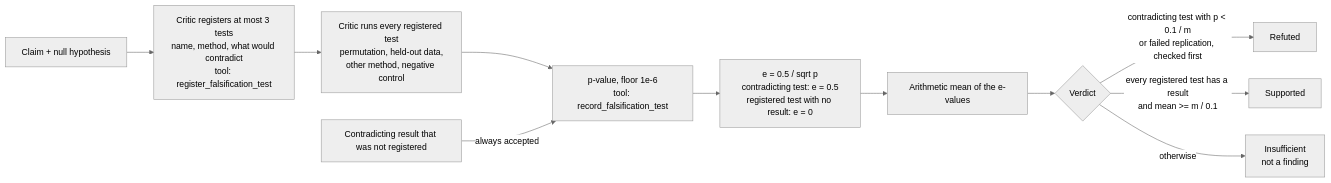
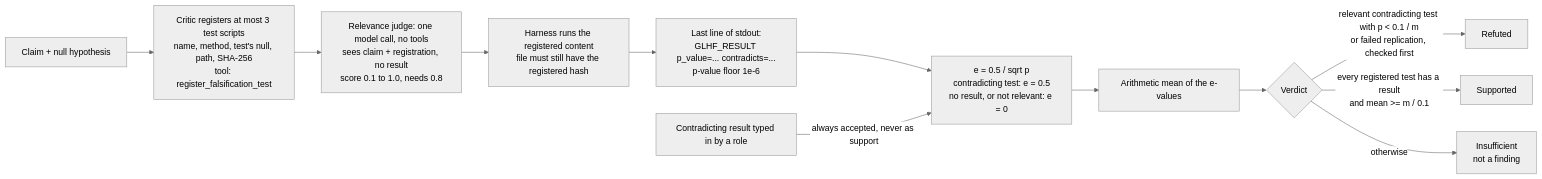
One commit to itsbrendandang/agent-test changed the third of 3 diagrams in glhf/docs/DESIGN.md. Above: the diagram before and after it, drawn with Mermaid (neutral theme). The commit also changed other lines of this file and 34 other files, not shown here.

````diff
--- a/glhf/docs/DESIGN.md
+++ b/glhf/docs/DESIGN.md
@@ -216,13 +229,14 @@
 ```mermaid
 flowchart LR
-    A[Claim + null hypothesis] --> R[Critic registers at most 3 tests<br/>name, method, what would contradict<br/>tool: register_falsification_test]
-    R --> B[Critic runs every registered test<br/>permutation, held-out data,<br/>other method, negative control]
-    B --> C[p-value, floor 1e-6<br/>tool: record_falsification_test]
-    C --> D[e = 0.5 / sqrt p<br/>contradicting test: e = 0.5<br/>registered test with no result: e = 0]
+    A[Claim + null hypothesis] --> R[Critic registers at most 3 test scripts<br/>name, method, test's null, path, SHA-256<br/>tool: register_falsification_test]
+    R --> J[Relevance judge: one model call, no tools<br/>sees claim + registration, no result<br/>score 0.1 to 1.0, needs 0.8]
+    J --> B[Harness runs the registered content<br/>file must still have the registered hash]
+    B --> C[Last line of stdout:<br/>GLHF_RESULT p_value=... contradicts=...<br/>p-value floor 1e-6]
+    C --> D[e = 0.5 / sqrt p<br/>contradicting test: e = 0.5<br/>no result, or not relevant: e = 0]
     D --> E[Arithmetic mean of the e-values]
     E --> F{Verdict}
-    F -->|contradicting test with p < 0.1 / m<br/>or failed replication, checked first| H[Refuted]
+    F -->|relevant contradicting test with p < 0.1 / m<br/>or failed replication, checked first| H[Refuted]
     F -->|every registered test has a result<br/>and mean >= m / 0.1| G[Supported]
     F -->|otherwise| I[Insufficient<br/>not a finding]
-    X[Contradicting result that was not registered] -->|always accepted| C
+    X[Contradicting result typed in by a role] -->|always accepted, never as support| D
 ```
````
